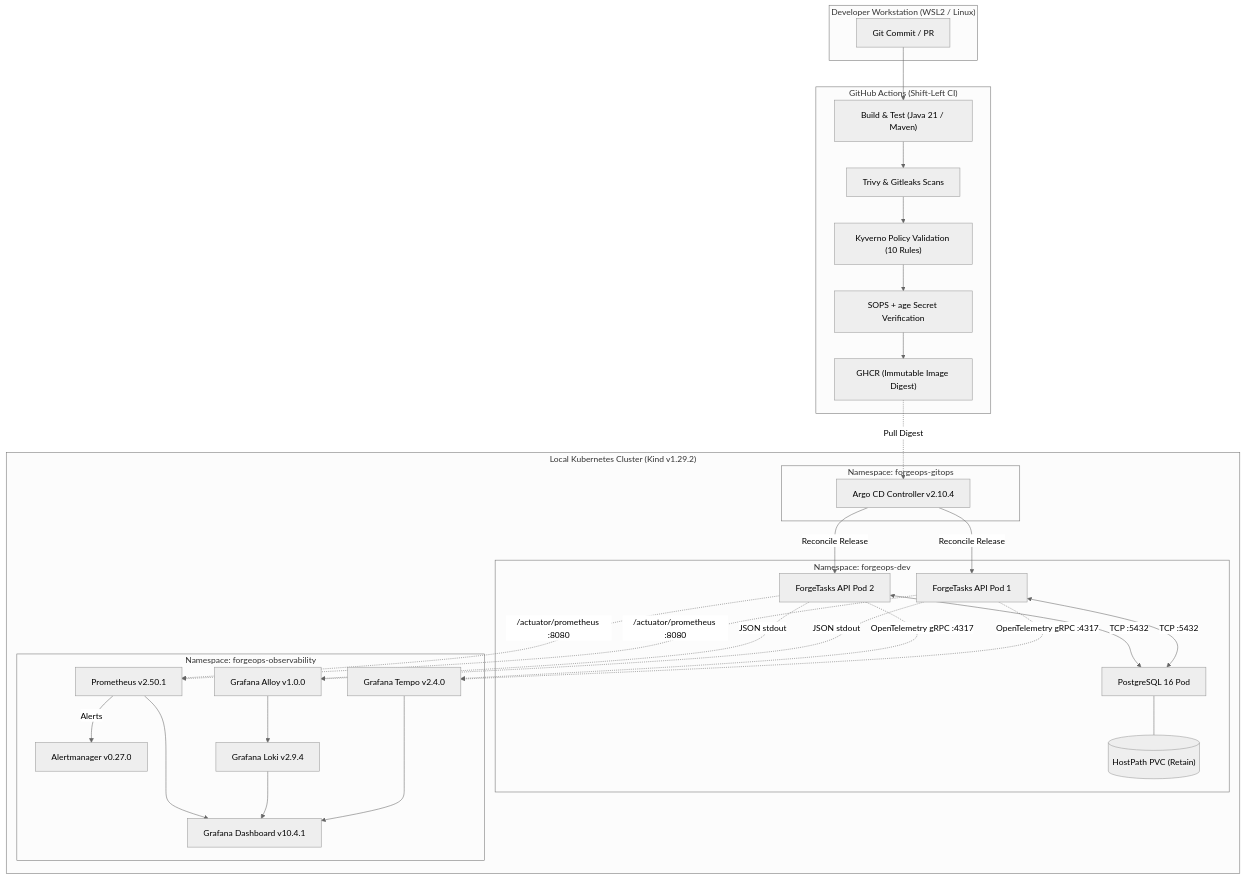
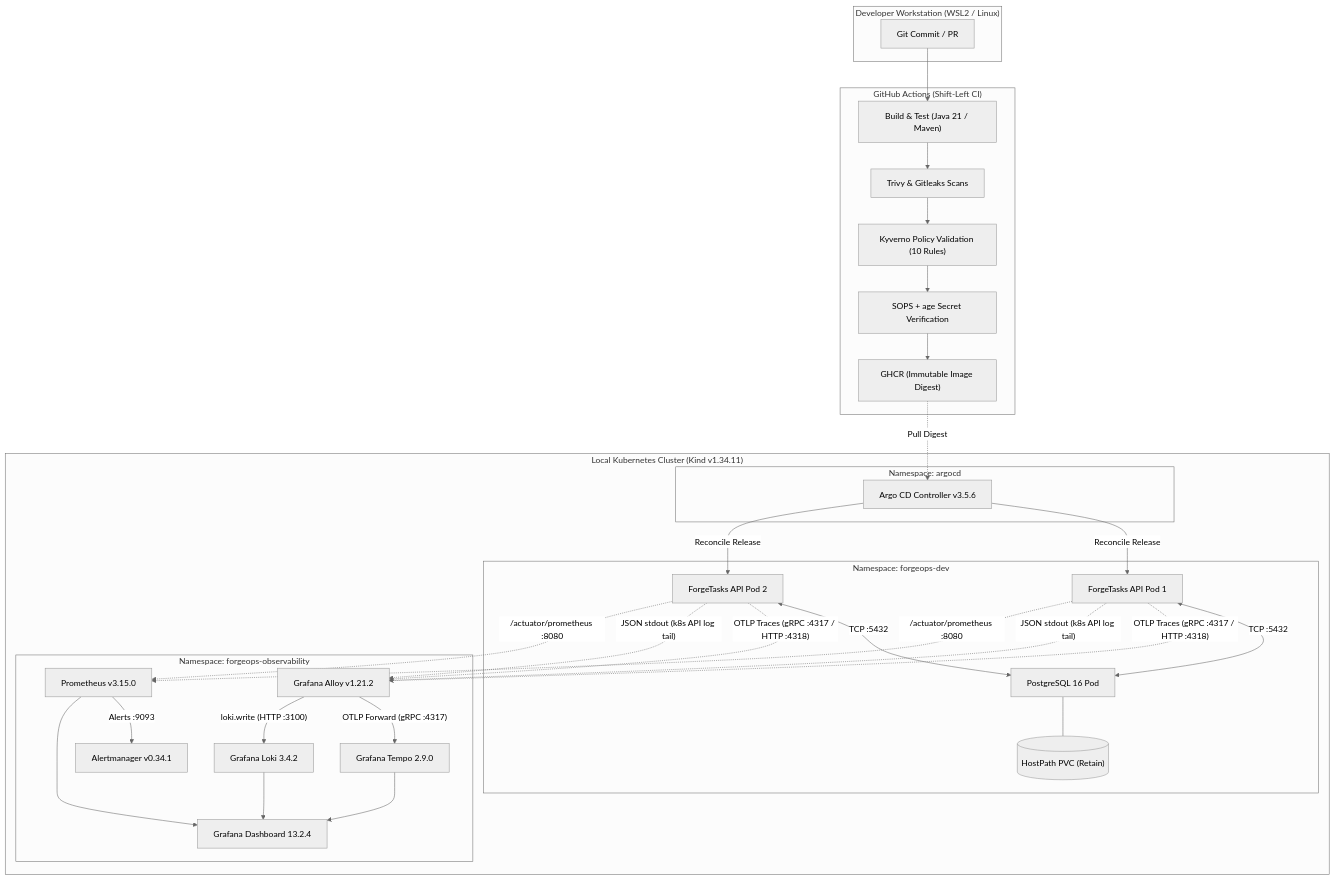
The diagram in README.md (TM-threemavithana/ForgeOps), drawn with Mermaid (neutral theme) before and after one commit. The commit also changed other lines of this file and 11 other files, not shown here.

Commit message:
docs(audit): reconcile component versions, service names, observability flow, and SRE/DR metrics

````diff
--- a/README.md
+++ b/README.md
@@ -38,49 +38,51 @@
 ```mermaid
 flowchart TD
     subgraph DeveloperWorkstation ["Developer Workstation (WSL2 / Linux)"]
         GitCommit["Git Commit / PR"]
     end
 
     subgraph CI ["GitHub Actions (Shift-Left CI)"]
         BuildTest["Build & Test (Java 21 / Maven)"]
         SecScan["Trivy & Gitleaks Scans"]
         KyvernoCheck["Kyverno Policy Validation (10 Rules)"]
         SOPSCheck["SOPS + age Secret Verification"]
         GHCR["GHCR (Immutable Image Digest)"]
     end
 
-    subgraph KubernetesCluster ["Local Kubernetes Cluster (Kind v1.29.2)"]
-        subgraph GitOpsNS ["Namespace: forgeops-gitops"]
-            ArgoCD["Argo CD Controller v2.10.4"]
+    subgraph KubernetesCluster ["Local Kubernetes Cluster (Kind v1.34.11)"]
+        subgraph GitOpsNS ["Namespace: argocd"]
+            ArgoCD["Argo CD Controller v3.5.6"]
         end
 
         subgraph WorkloadNS ["Namespace: forgeops-dev"]
             API1["ForgeTasks API Pod 1"]
             API2["ForgeTasks API Pod 2"]
             PostgreSQL["PostgreSQL 16 Pod"]
             PVC[("HostPath PVC (Retain)")]
         end
 
         subgraph ObsNS ["Namespace: forgeops-observability"]
-            Prometheus["Prometheus v2.50.1"]
-            Alertmanager["Alertmanager v0.27.0"]
-            Loki["Grafana Loki v2.9.4"]
-            Alloy["Grafana Alloy v1.0.0"]
-            Tempo["Grafana Tempo v2.4.0"]
-            Grafana["Grafana Dashboard v10.4.1"]
+            Alloy["Grafana Alloy v1.21.2"]
+            Prometheus["Prometheus v3.15.0"]
+            Alertmanager["Alertmanager v0.34.1"]
+            Loki["Grafana Loki 3.4.2"]
+            Tempo["Grafana Tempo 2.9.0"]
+            Grafana["Grafana Dashboard 13.2.4"]
         end
     end
 
     GitCommit --> BuildTest --> SecScan --> KyvernoCheck --> SOPSCheck --> GHCR
     GHCR -.->|"Pull Digest"| ArgoCD
     ArgoCD -->|"Reconcile Release"| API1 & API2
     API1 & API2 <-->|"TCP :5432"| PostgreSQL
     PostgreSQL --- PVC
 
-    %% Observability Streams
-    API1 & API2 -.->|"OpenTelemetry gRPC :4317"| Tempo
-    API1 & API2 -.->|"JSON stdout"| Alloy --> Loki
+    %% Observability Pipeline
+    API1 & API2 -.->|"OTLP Traces (gRPC :4317 / HTTP :4318)"| Alloy
+    API1 & API2 -.->|"JSON stdout (k8s API log tail)"| Alloy
+    Alloy -->|"OTLP Forward (gRPC :4317)"| Tempo
+    Alloy -->|"loki.write (HTTP :3100)"| Loki
     API1 & API2 -.->|"/actuator/prometheus :8080"| Prometheus
-    Prometheus -->|"Alerts"| Alertmanager
+    Prometheus -->|"Alerts :9093"| Alertmanager
     Tempo & Loki & Prometheus --> Grafana
 ```
````
